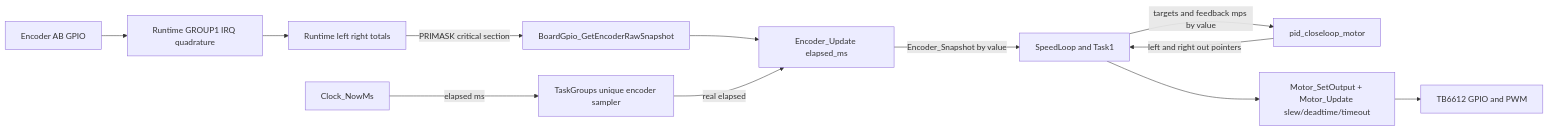
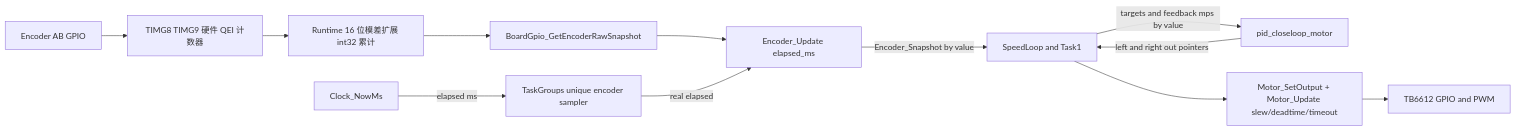
One commit to AigisYangyan/2026_NUEDC changed the fourth of 6 diagrams in agent/api_architecture_topology.md. Above: the diagram before and after it, drawn with Mermaid. The commit also changed other lines of this file and 6 other files, not shown here.

````diff
--- a/agent/api_architecture_topology.md
+++ b/agent/api_architecture_topology.md
@@ -528,14 +513,14 @@
 ```mermaid
 flowchart LR
-  EncGPIO[Encoder AB GPIO] --> RuntimeIRQ[Runtime GROUP1 IRQ quadrature]
-  RuntimeIRQ --> RawCount[Runtime left right totals]
-  RawCount -->|PRIMASK critical section| BoardGpio[BoardGpio_GetEncoderRawSnapshot]
+  EncGPIO[Encoder AB GPIO] --> QEI[TIMG8 TIMG9 硬件 QEI 计数器]
+  QEI --> RawCount[Runtime 16 位模差扩展 int32 累计]
+  RawCount --> BoardGpio[BoardGpio_GetEncoderRawSnapshot]
   BoardGpio --> Encoder[Encoder_Update elapsed_ms]
   Clock[Clock_NowMs] -->|elapsed ms| SampleOwner[TaskGroups unique encoder sampler]
   SampleOwner -->|real elapsed| Encoder
   Encoder -->|Encoder_Snapshot by value| Consumers[SpeedLoop and Task1]
   Consumers -->|targets and feedback mps by value| PID[pid_closeloop_motor]
   PID -->|left and right out pointers| Consumers
   Consumers --> MotorSet[Motor_SetOutput + Motor_Update slew/deadtime/timeout]
   MotorSet --> TB6612[TB6612 GPIO and PWM]
 ```
````
